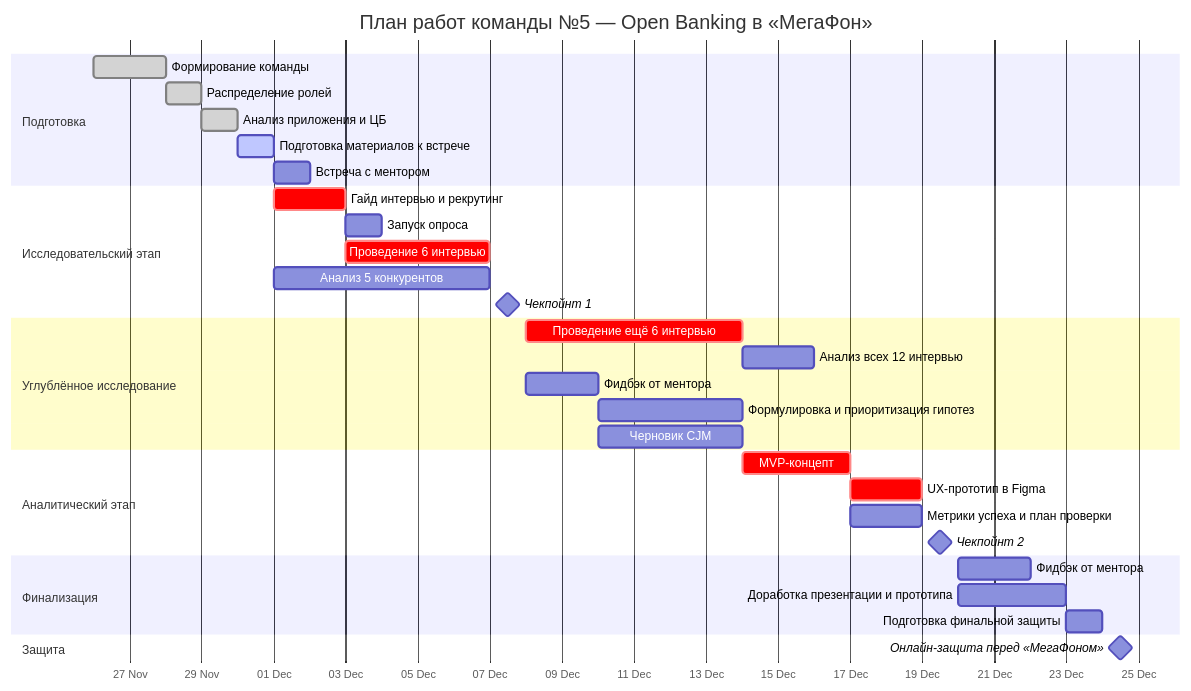
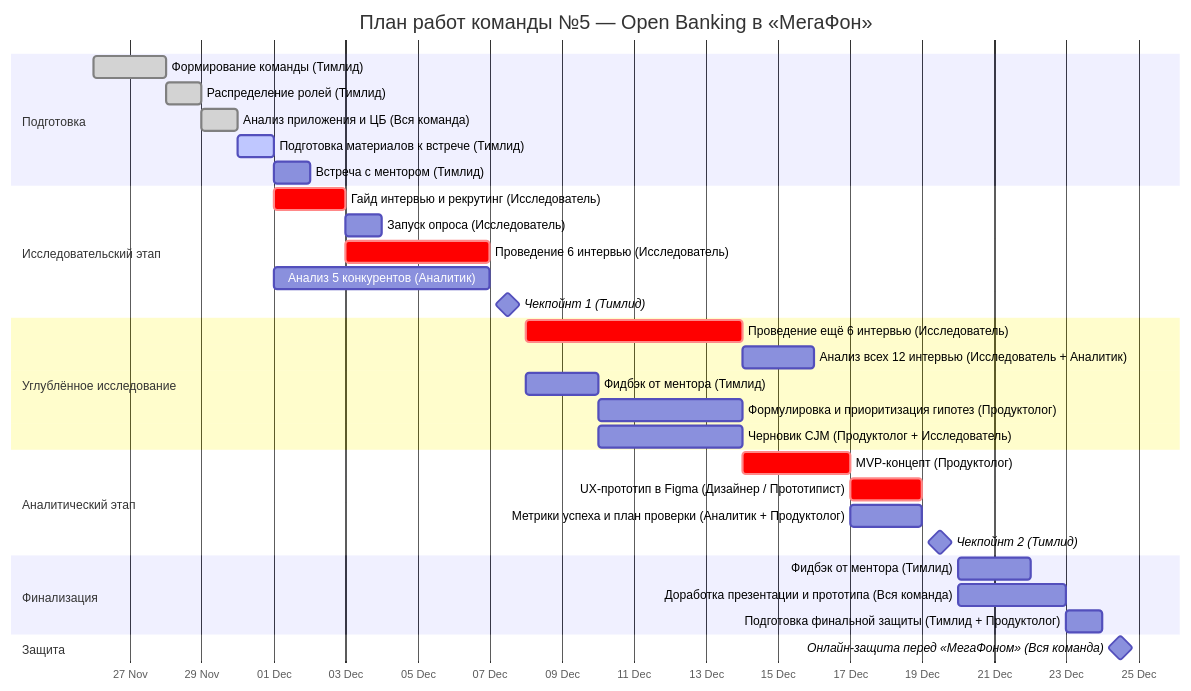
Before and after one commit to d-dmitriev/RanepaOpenBanking: the diagram in README.md, drawn with Mermaid.

````diff
--- a/README.md
+++ b/README.md
@@ -44,41 +44,41 @@
 ```mermaid
 gantt
     title План работ команды №5 — Open Banking в «МегаФон»
     dateFormat  YYYY-MM-DD
     axisFormat  %d %b
 
     section Подготовка
-    Формирование команды                :done,    des1, 2025-11-26, 2d
-    Распределение ролей                 :done,    des2, after des1, 1d
-    Анализ приложения и ЦБ              :done,    des3, after des2, 1d
-    Подготовка материалов к встрече     :active,  des4, after des3, 1d
-    Встреча с ментором                  :         des5, after des4, 1d
+    Формирование команды (Тимлид)                :done,    des1, 2025-11-26, 2d
+    Распределение ролей (Тимлид)                :done,    des2, after des1, 1d
+    Анализ приложения и ЦБ (Вся команда)              :done,    des3, after des2, 1d
+    Подготовка материалов к встрече (Тимлид)     :active,  des4, after des3, 1d
+    Встреча с ментором (Тимлид)                 :         des5, after des4, 1d
 
     section Исследовательский этап
-    Гайд интервью и рекрутинг           :crit,    res1, 2025-12-01, 2d
-    Запуск опроса                       :         res2, after res1, 1d
-    Проведение 6 интервью               :crit,    res3, after res1, 4d
-    Анализ 5 конкурентов                :         res4, 2025-12-01, 6d
-    Чекпойнт 1                          :milestone, cp1, 2025-12-07, 1d
+    Гайд интервью и рекрутинг (Исследователь)           :crit,    res1, 2025-12-01, 2d
+    Запуск опроса (Исследователь)                       :         res2, after res1, 1d
+    Проведение 6 интервью (Исследователь)              :crit,    res3, after res1, 4d
+    Анализ 5 конкурентов (Аналитик)                :         res4, 2025-12-01, 6d
+    Чекпойнт 1 (Тимлид)                         :milestone, cp1, 2025-12-07, 1d
 
     section Углублённое исследование
-    Проведение ещё 6 интервью           :crit,    res5, 2025-12-08, 6d
-    Анализ всех 12 интервью             :         res6, after res5, 2d
-    Фидбэк от ментора                   :         res7, 2025-12-08, 2d
-    Формулировка и приоритизация гипотез:         res8, 2025-12-10, 4d
-    Черновик CJM                        :         res9, after res7, 4d
+    Проведение ещё 6 интервью (Исследователь)           :crit,    res5, 2025-12-08, 6d
+    Анализ всех 12 интервью (Исследователь + Аналитик)             :         res6, after res5, 2d
+    Фидбэк от ментора (Тимлид)                   :         res7, 2025-12-08, 2d
+    Формулировка и приоритизация гипотез (Продуктолог):         res8, 2025-12-10, 4d
+    Черновик CJM (Продуктолог + Исследователь)                       :         res9, after res7, 4d
 
     section Аналитический этап
-    MVP-концепт                         :crit,    ana1, after res9, 3d
-    UX-прототип в Figma                 :crit,    ana2, after ana1, 2d
-    Метрики успеха и план проверки      :         ana3, after ana1, 2d
-    Чекпойнт 2                          :milestone, cp2, 2025-12-19, 1d
+    MVP-концепт (Продуктолог)                        :crit,    ana1, after res9, 3d
+    UX-прототип в Figma (Дизайнер / Прототипист)                 :crit,    ana2, after ana1, 2d
+    Метрики успеха и план проверки (Аналитик + Продуктолог)      :         ana3, after ana1, 2d
+    Чекпойнт 2 (Тимлид)                         :milestone, cp2, 2025-12-19, 1d
 
     section Финализация
-    Фидбэк от ментора                   :         fin1, 2025-12-20, 2d
-    Доработка презентации и прототипа   :         fin2, 2025-12-20, 3d
-    Подготовка финальной защиты         :         fin3, after fin2, 1d
+    Фидбэк от ментора (Тимлид)                  :         fin1, 2025-12-20, 2d
+    Доработка презентации и прототипа (Вся команда)   :         fin2, 2025-12-20, 3d
+    Подготовка финальной защиты (Тимлид + Продуктолог)        :         fin3, after fin2, 1d
 
     section Защита
-    Онлайн-защита перед «МегаФоном»     :milestone, final, 2025-12-24, 1d
+    Онлайн-защита перед «МегаФоном» (Вся команда)     :milestone, final, 2025-12-24, 1d
 ```
````
